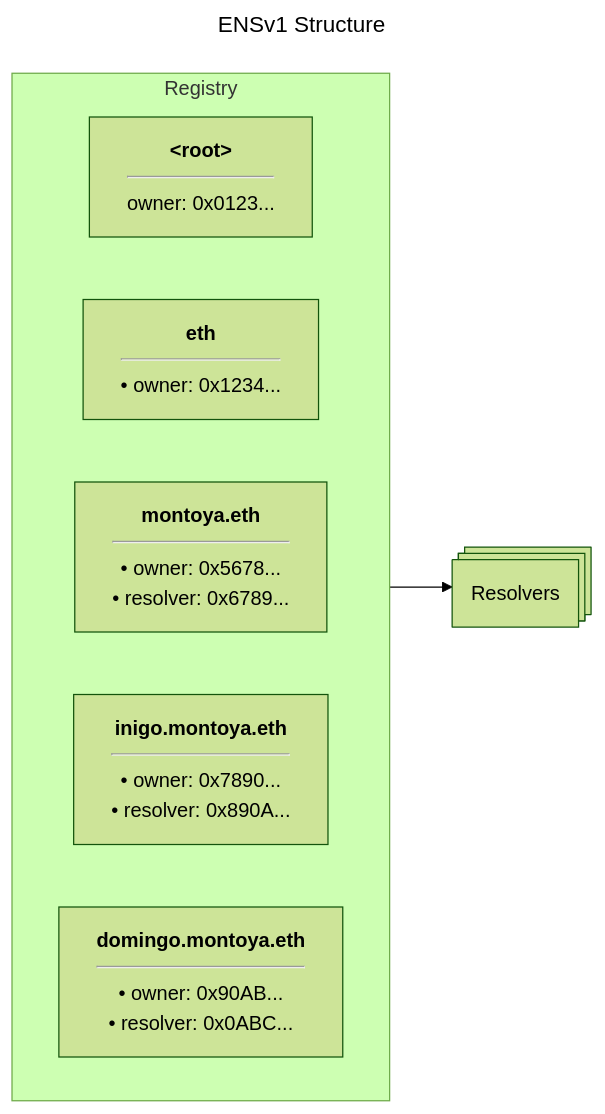
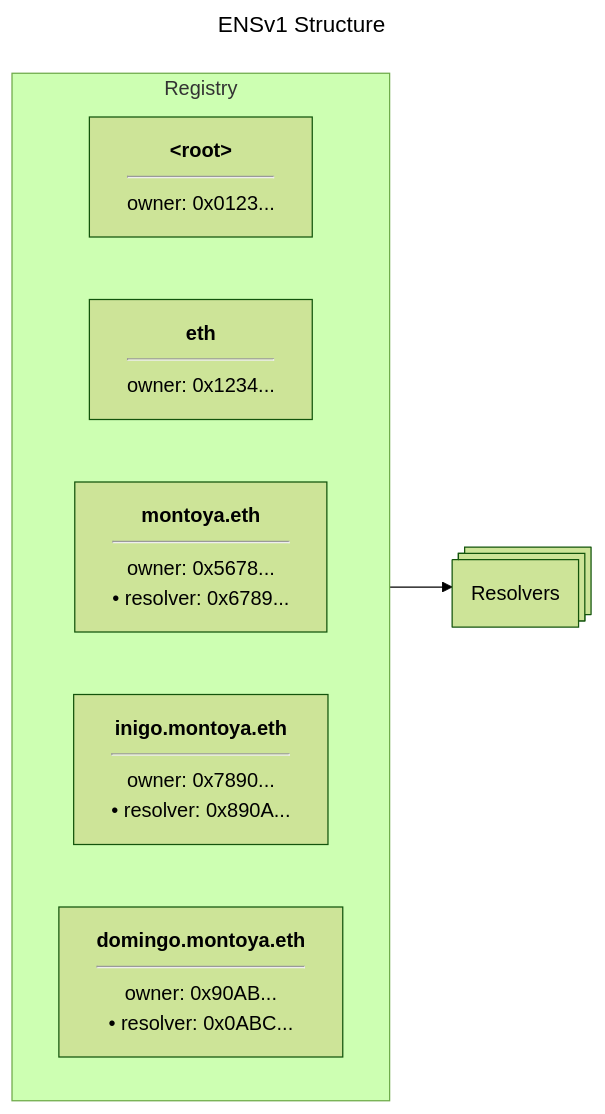
One commit to ensdomains/docs changed the first of 4 diagrams in src/pages/contracts/ensv2/overview.mdx. Above: the diagram before and after it, drawn with Mermaid (forest theme). The commit also changed other lines of this file, not shown here.

````diff
--- a/src/pages/contracts/ensv2/overview.mdx
+++ b/src/pages/contracts/ensv2/overview.mdx
@@ -62,17 +62,17 @@
 ```mermaid
 ---
 title: ENSv1 Structure
 ---
 flowchart LR
     subgraph Registry
         direction LR
         root["<b>&lt;root></b><hr>owner: 0x0123..."]
-        eth["<b>eth</b><hr>• owner: 0x1234..."]
-        montoya["<b>montoya.eth</b><hr>• owner: 0x5678...<br/>• resolver: 0x6789..."]
-        inigo["<b>inigo.montoya.eth</b><hr>• owner: 0x7890...<br/>• resolver: 0x890A..."]
-        domingo["<b>domingo.montoya.eth</b><hr>• owner: 0x90AB...<br/>• resolver: 0x0ABC..."]
+        eth["<b>eth</b><hr>owner: 0x1234..."]
+        montoya["<b>montoya.eth</b><hr>owner: 0x5678...<br/>• resolver: 0x6789..."]
+        inigo["<b>inigo.montoya.eth</b><hr>owner: 0x7890...<br/>• resolver: 0x890A..."]
+        domingo["<b>domingo.montoya.eth</b><hr>owner: 0x90AB...<br/>• resolver: 0x0ABC..."]
     end
 
     resolvers@{label: "Resolvers", shape: processes}
     Registry --> resolvers
 ```
````
